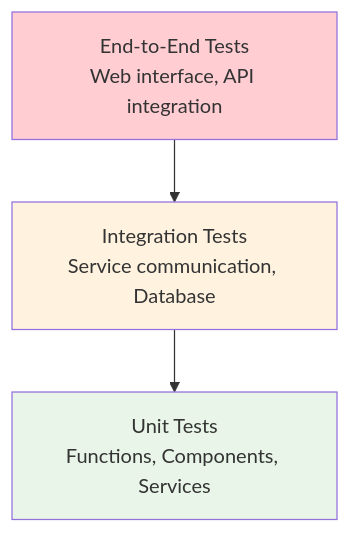
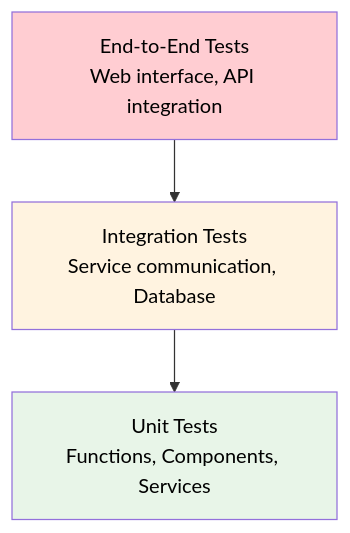
The eighth of 9 diagrams in ARCHITECTURE.md (Souravbudke/kube-credential), drawn with Mermaid before and after one commit.

````diff
--- a/ARCHITECTURE.md
+++ b/ARCHITECTURE.md
@@ -408,9 +408,9 @@
 ```mermaid
 graph TB
     A[End-to-End Tests<br/>Web interface, API integration] --> B[Integration Tests<br/>Service communication, Database]
     B --> C[Unit Tests<br/>Functions, Components, Services]
     
-    style A fill:#ffcdd2
-    style B fill:#fff3e0
-    style C fill:#e8f5e8
+    style A fill:#ffcdd2,color:#000
+    style B fill:#fff3e0,color:#000
+    style C fill:#e8f5e8,color:#000
 ```
````
